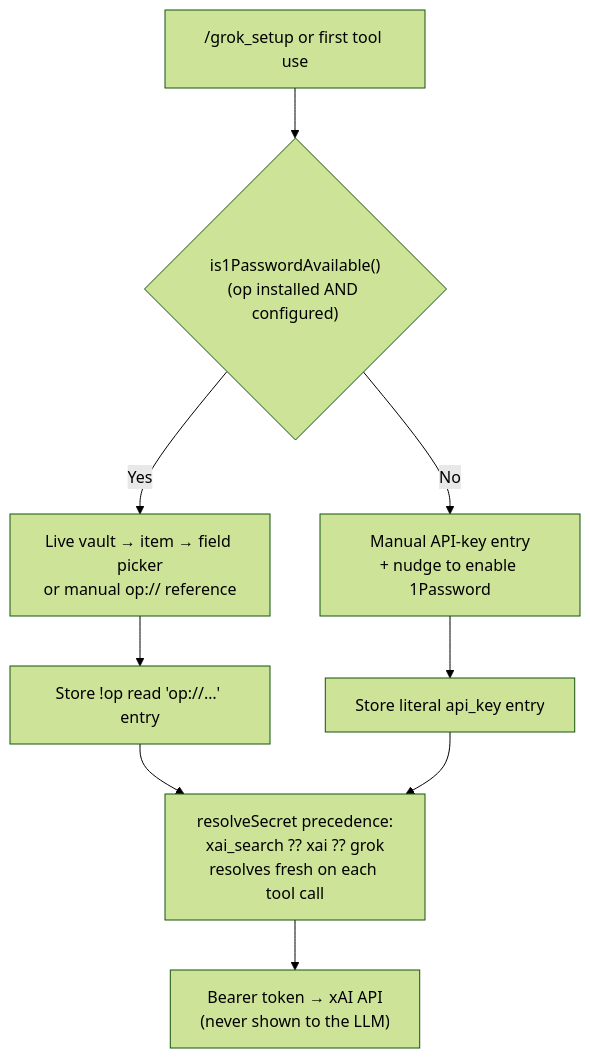
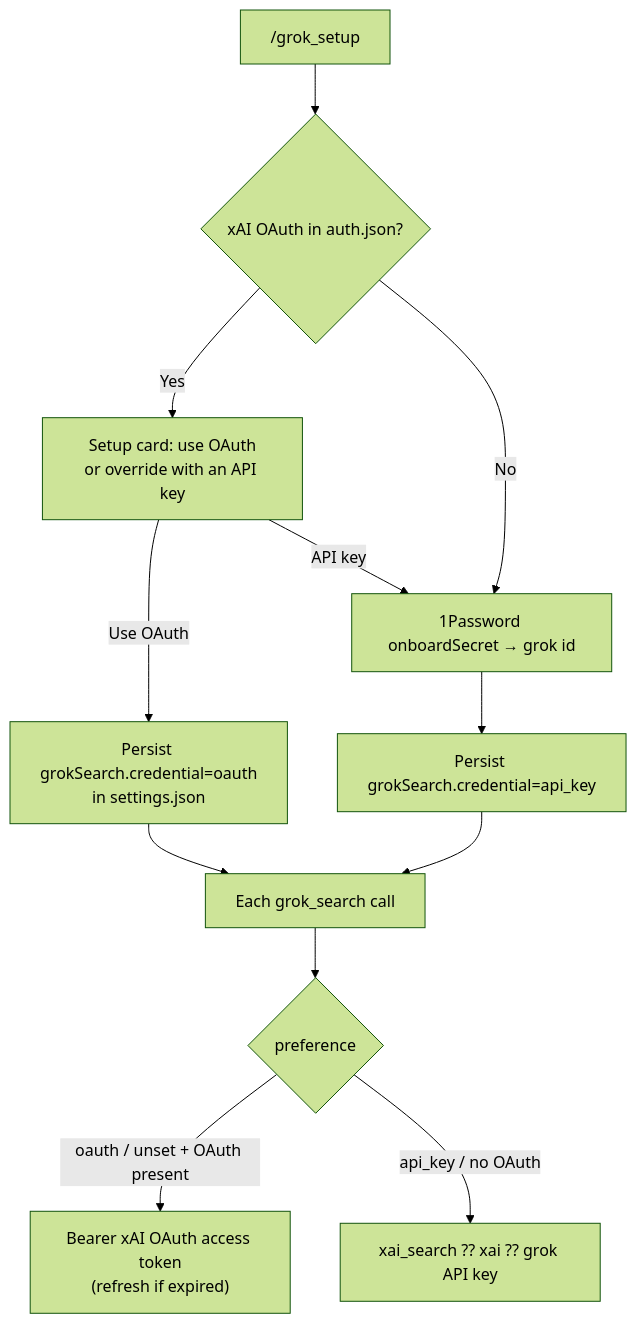
Before and after one commit to jmcombs/pi-extensions: the diagram in packages/grok-search/README.md, drawn with Mermaid (forest theme). The commit also changed other lines of this file and 7 other files, not shown here.

Commit message:
feat(grok-search): use xAI OAuth when available

````diff
--- a/packages/grok-search/README.md
+++ b/packages/grok-search/README.md
@@ -49,11 +49,14 @@
 ```mermaid
 flowchart TD
-    A["/grok_setup or first tool use"] --> B{"is1PasswordAvailable()<br/>(op installed AND configured)"}
-    B -- "Yes" --> C["Live vault → item → field picker<br/>or manual op:// reference"]
-    C --> D["Store !op read 'op://…' entry"]
-    B -- "No" --> E["Manual API-key entry<br/>+ nudge to enable 1Password"]
-    E --> F["Store literal api_key entry"]
-    D --> G["resolveSecret precedence:<br/>xai_search ?? xai ?? grok<br/>resolves fresh on each tool call"]
+    A["/grok_setup"] --> B{"xAI OAuth in auth.json?"}
+    B -- "Yes" --> C["Setup card: use OAuth<br/>or override with an API key"]
+    C -- "Use OAuth" --> D["Persist grokSearch.credential=oauth<br/>in settings.json"]
+    C -- "API key" --> E["1Password onboardSecret → grok id"]
+    B -- "No" --> E
+    E --> F["Persist grokSearch.credential=api_key"]
+    D --> G["Each grok_search call"]
     F --> G
-    G --> H["Bearer token → xAI API<br/>(never shown to the LLM)"]
+    G --> H{"preference"}
+    H -- "oauth / unset + OAuth present" --> I["Bearer xAI OAuth access token<br/>(refresh if expired)"]
+    H -- "api_key / no OAuth" --> J["xai_search ?? xai ?? grok API key"]
 ```
````
